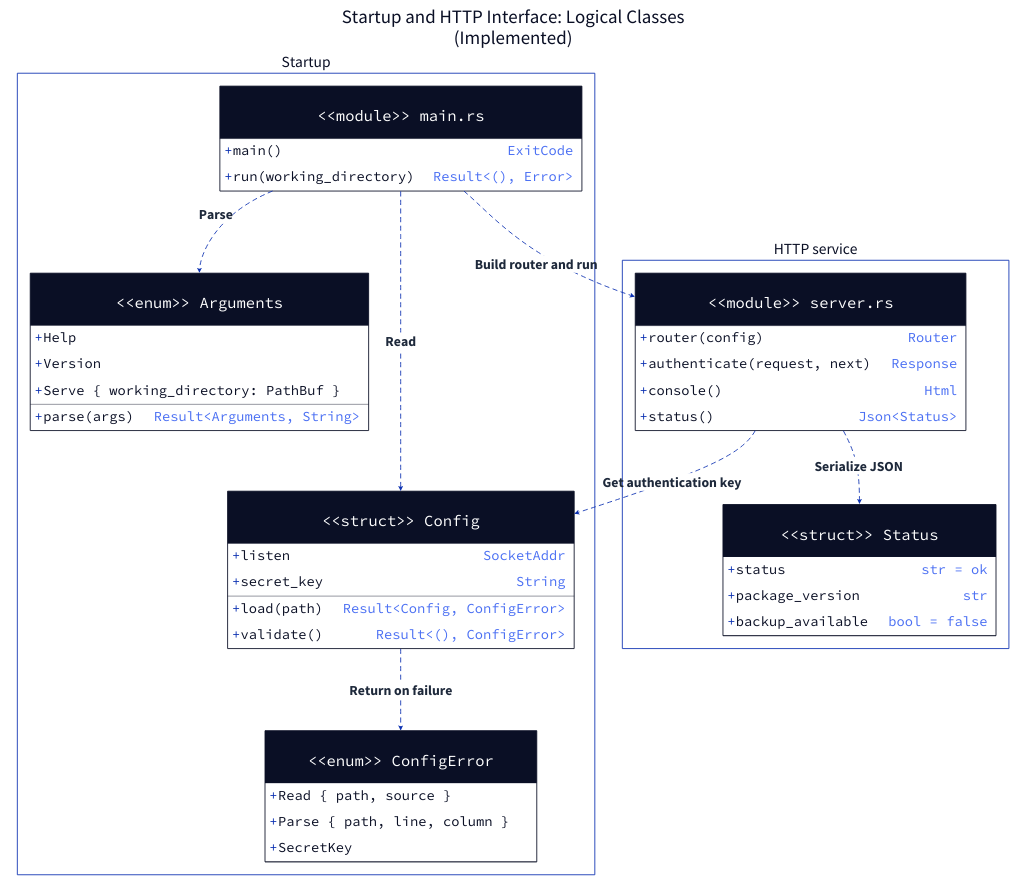
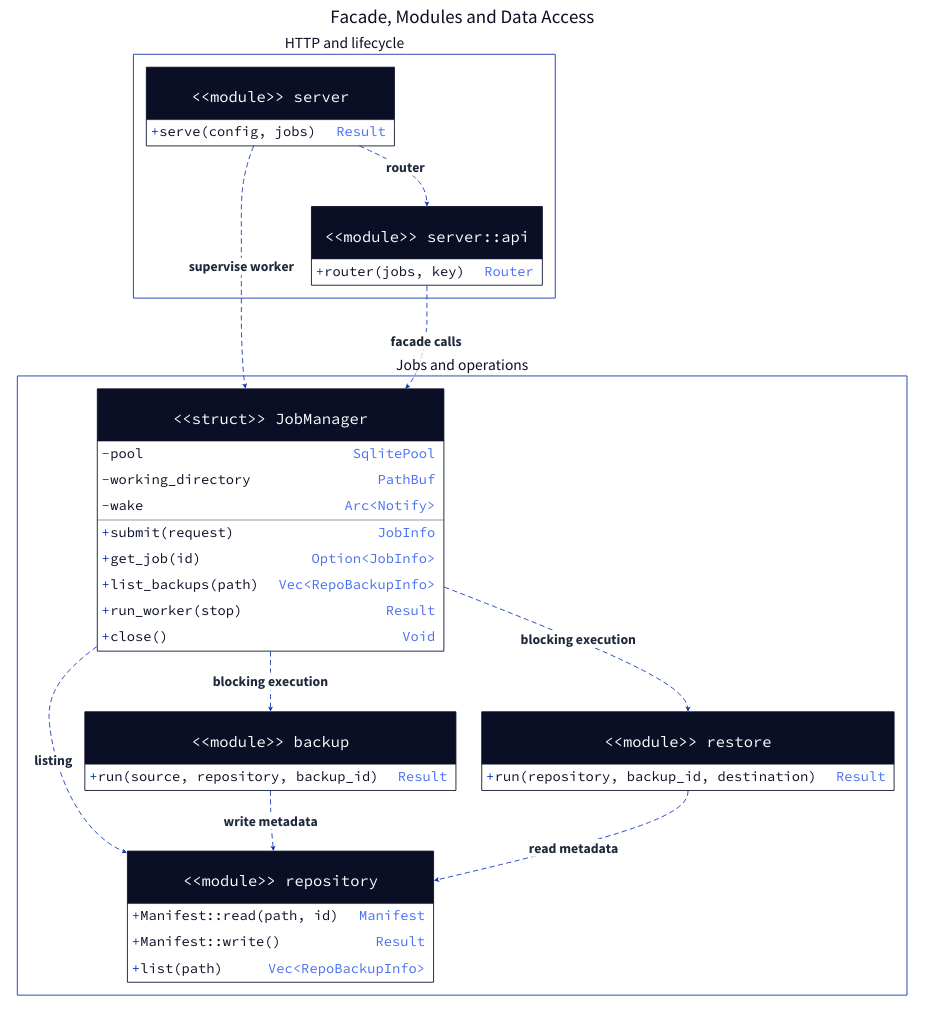
The diagram in docs/report/generated/system-class-services.d2 (qi7876/software-development-exp), drawn with D2 before and after one commit. The commit also changed 34 other files, not shown here.

```diff
--- a/docs/report/generated/system-class-services.d2
+++ b/docs/report/generated/system-class-services.d2
@@ -1,81 +1,84 @@
 # Generated from docs/report/model.yaml; do not edit directly.
 direction: down
 **.style.font-size: 32
 (** -> **)[*].style: {font-size: 32; bold: true; italic: false; font-color: "#1E293B"}
 (** -- **)[*].style: {font-size: 32; bold: true; italic: false; font-color: "#1E293B"}
 (** <- **)[*].style: {font-size: 32; bold: true; italic: false; font-color: "#1E293B"}
-diagram: "Startup and HTTP Interface: Logical Classes\n(Implemented)" {
+diagram: "Facade, Modules and Data Access" {
   style.font-size: 44
   style.fill: white
   style.stroke: transparent
-  package_0: "Startup" {
+  package_0: "HTTP and lifecycle" {
     style.font-size: 36
     style.fill: white
-    Arguments: "<<enum>>\nArguments" {
+    Server: "<<module>>\nserver" {
       shape: class
-      "Help"
-      "Version"
-      "Serve { working_directory: PathBuf }"
-      "parse(args)": "Result<Arguments, String>"
+      "+ serve(config, jobs)": "Result"
     }
-    Config: "<<struct>>\nConfig" {
+    API: "<<module>>\nserver::api" {
       shape: class
-      "listen": "SocketAddr"
-      "secret_key": "String"
-      "load(path)": "Result<Config, ConfigError>"
-      "validate()": "Result<(), ConfigError>"
-    }
-    ConfigError: "<<enum>>\nConfigError" {
-      shape: class
-      "Read { path, source }"
-      "Parse { path, line, column }"
-      "SecretKey"
-    }
-    Startup: "<<module>>\nmain.rs" {
-      shape: class
-      "main()": "ExitCode"
-      "run(working_directory)": "Result<(), Error>"
+      "+ router(jobs, key)": "Router"
     }
   }
-  package_1: "HTTP service" {
+  package_1: "Jobs and operations" {
     style.font-size: 36
     style.fill: white
-    HTTP: "<<module>>\nserver.rs" {
+    Manager: "<<struct>>\nJobManager" {
       shape: class
-      "router(config)": "Router"
-      "authenticate(request, next)": "Response"
-      "console()": "Html"
-      "status()": "Json<Status>"
+      "- pool": "SqlitePool"
+      "- working_directory": "PathBuf"
+      "- wake": "Arc<Notify>"
+      "+ submit(request)": "JobInfo"
+      "+ get_job(id)": "Option<JobInfo>"
+      "+ list_backups(path)": "Vec<RepoBackupInfo>"
+      "+ run_worker(stop)": "Result"
+      "+ close()": "Void"
     }
-    Status: "<<struct>>\nStatus" {
+    Backup: "<<module>>\nbackup" {
       shape: class
-      "status": "str = ok"
-      "package_version": "str"
-      "backup_available": "bool = false"
+      "+ run(source, repository, backup_id)": "Result"
+    }
+    Restore: "<<module>>\nrestore" {
+      shape: class
+      "+ run(repository, backup_id, destination)": "Result"
+    }
+    Repo: "<<module>>\nrepository" {
+      shape: class
+      "+ Manifest::read(path, id)": "Manifest"
+      "+ Manifest::write()": "Result"
+      "+ list(path)": "Vec<RepoBackupInfo>"
     }
   }
-  package_0.Startup -> package_0.Arguments: "Parse" {
+  package_0.Server -> package_0.API: "router" {
     target-arrowhead.shape: arrow
     style.stroke-dash: 5
   }
-  package_0.Startup -> package_0.Config: "Read" {
+  package_0.Server -> package_1.Manager: "supervise worker" {
     target-arrowhead.shape: arrow
     style.stroke-dash: 5
   }
-  package_0.Config -> package_0.ConfigError: "Return on failure" {
+  package_0.API -> package_1.Manager: "facade calls" {
     target-arrowhead.shape: arrow
     style.stroke-dash: 5
   }
-  package_0.Startup -> package_1.HTTP: "Build router and run" {
+  package_1.Manager -> package_1.Backup: "blocking execution" {
     target-arrowhead.shape: arrow
     style.stroke-dash: 5
   }
-  package_1.HTTP -> package_0.Config: "Get authentication key" {
+  package_1.Manager -> package_1.Restore: "blocking execution" {
     target-arrowhead.shape: arrow
     style.stroke-dash: 5
   }
-  package_1.HTTP -> package_1.Status: "Serialize JSON" {
+  package_1.Manager -> package_1.Repo: "listing" {
+    target-arrowhead.shape: arrow
+    style.stroke-dash: 5
+  }
+  package_1.Backup -> package_1.Repo: "write metadata" {
+    target-arrowhead.shape: arrow
+    style.stroke-dash: 5
+  }
+  package_1.Restore -> package_1.Repo: "read metadata" {
     target-arrowhead.shape: arrow
     style.stroke-dash: 5
   }
 }
```
